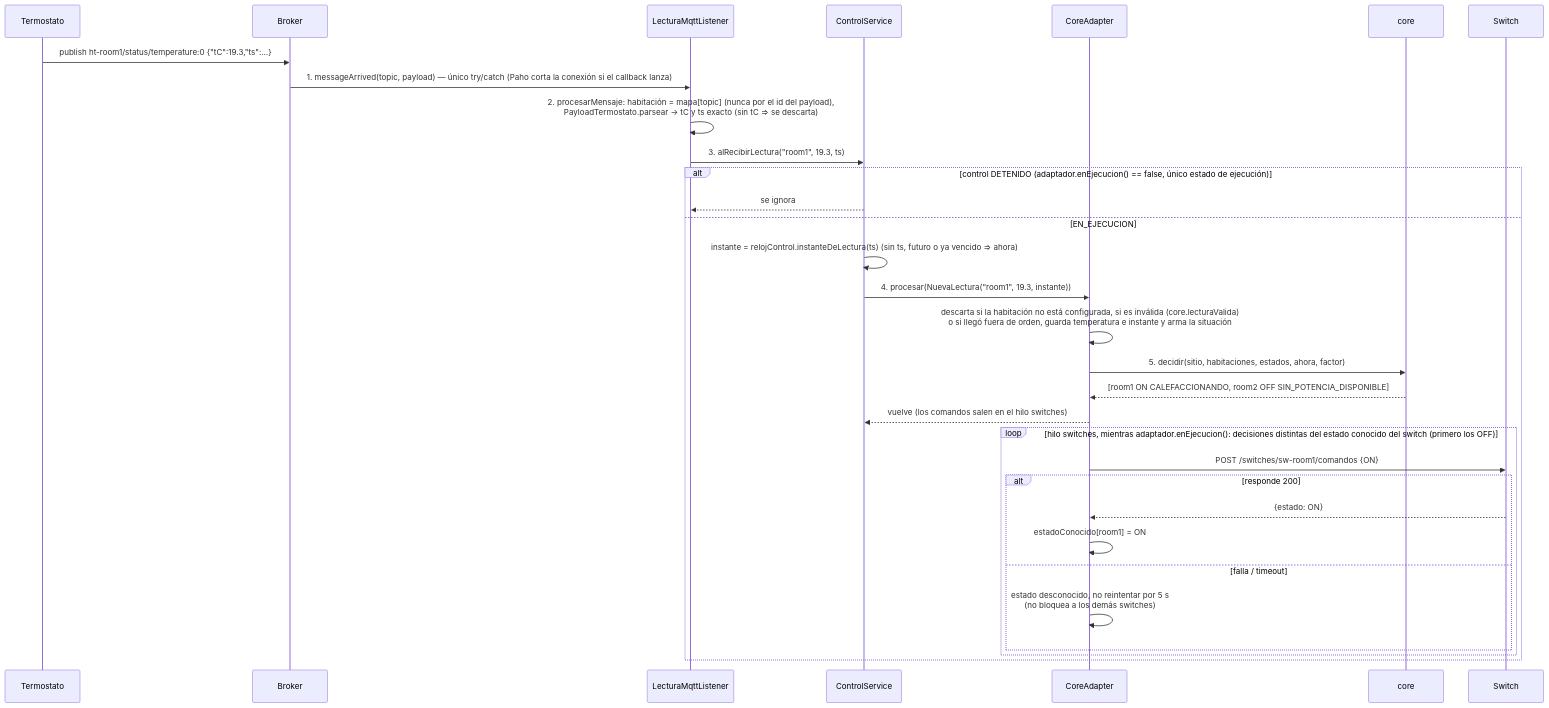
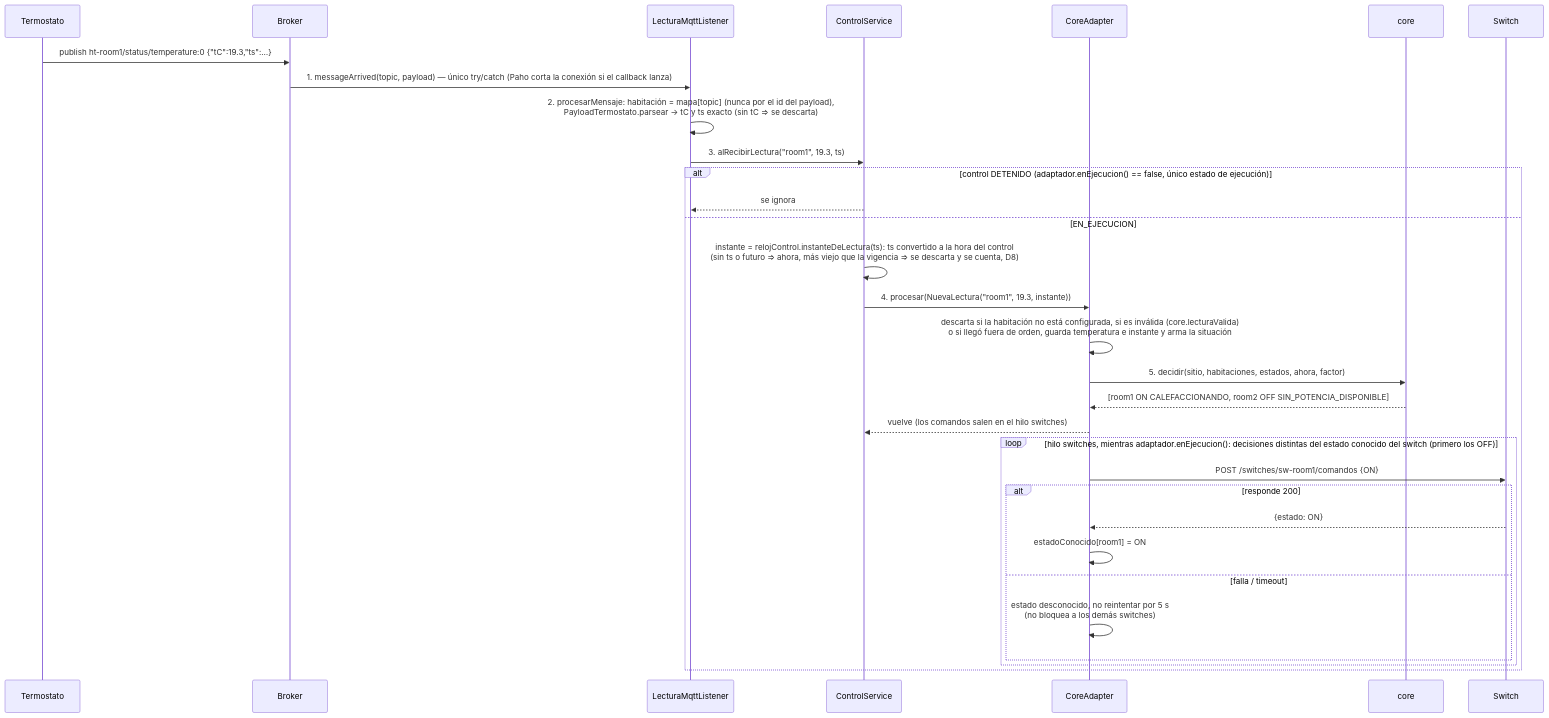
The fifth of 9 diagrams in docs/arquitectura/4mas1.md (BrayanBCode/iiss-2026-grupo-4), drawn with Mermaid before and after one commit. The commit also changed other lines of this file and 12 other files, not shown here.

First line of the commit message:
engine: ts en hora real convertido a la hora del control y descarte de lecturas viejas

````diff
--- a/docs/arquitectura/4mas1.md
+++ b/docs/arquitectura/4mas1.md
@@ -438,34 +439,34 @@
 ```mermaid
 sequenceDiagram
     participant T as Termostato
     participant B as Broker
     participant Mq as LecturaMqttListener
     participant Ctl as ControlService
     participant Ad as CoreAdapter
     participant Core as core
     participant Sw as Switch
 
     T->>B: publish ht-room1/status/temperature:0 {"tC":19.3,"ts":…}
     B->>Mq: 1. messageArrived(topic, payload) — único try/catch (Paho corta la conexión si el callback lanza)
     Mq->>Mq: 2. procesarMensaje: habitación = mapa[topic] (nunca por el id del payload),<br/>PayloadTermostato.parsear → tC y ts exacto (sin tC ⇒ se descarta)
     Mq->>Ctl: 3. alRecibirLectura("room1", 19.3, ts)
     alt control DETENIDO (adaptador.enEjecucion() == false, único estado de ejecución)
         Ctl-->>Mq: se ignora
     else EN_EJECUCION
-        Ctl->>Ctl: instante = relojControl.instanteDeLectura(ts) (sin ts, futuro o ya vencido ⇒ ahora)
+        Ctl->>Ctl: instante = relojControl.instanteDeLectura(ts): ts convertido a la hora del control<br/>(sin ts o futuro ⇒ ahora, más viejo que la vigencia ⇒ se descarta y se cuenta, D8)
         Ctl->>Ad: 4. procesar(NuevaLectura("room1", 19.3, instante))
         Ad->>Ad: descarta si la habitación no está configurada, si es inválida (core.lecturaValida)<br/>o si llegó fuera de orden, guarda temperatura e instante y arma la situación
         Ad->>Core: 5. decidir(sitio, habitaciones, estados, ahora, factor)
         Core-->>Ad: [room1 ON CALEFACCIONANDO, room2 OFF SIN_POTENCIA_DISPONIBLE]
         Ad-->>Ctl: vuelve (los comandos salen en el hilo switches)
         loop hilo switches, mientras adaptador.enEjecucion(): decisiones distintas del estado conocido del switch (primero los OFF)
             Ad->>Sw: POST /switches/sw-room1/comandos {ON}
             alt responde 200
                 Sw-->>Ad: {estado: ON}
                 Ad->>Ad: estadoConocido[room1] = ON
             else falla / timeout
                 Ad->>Ad: estado desconocido, no reintentar por 5 s<br/>(no bloquea a los demás switches)
             end
         end
     end
 ```
````
